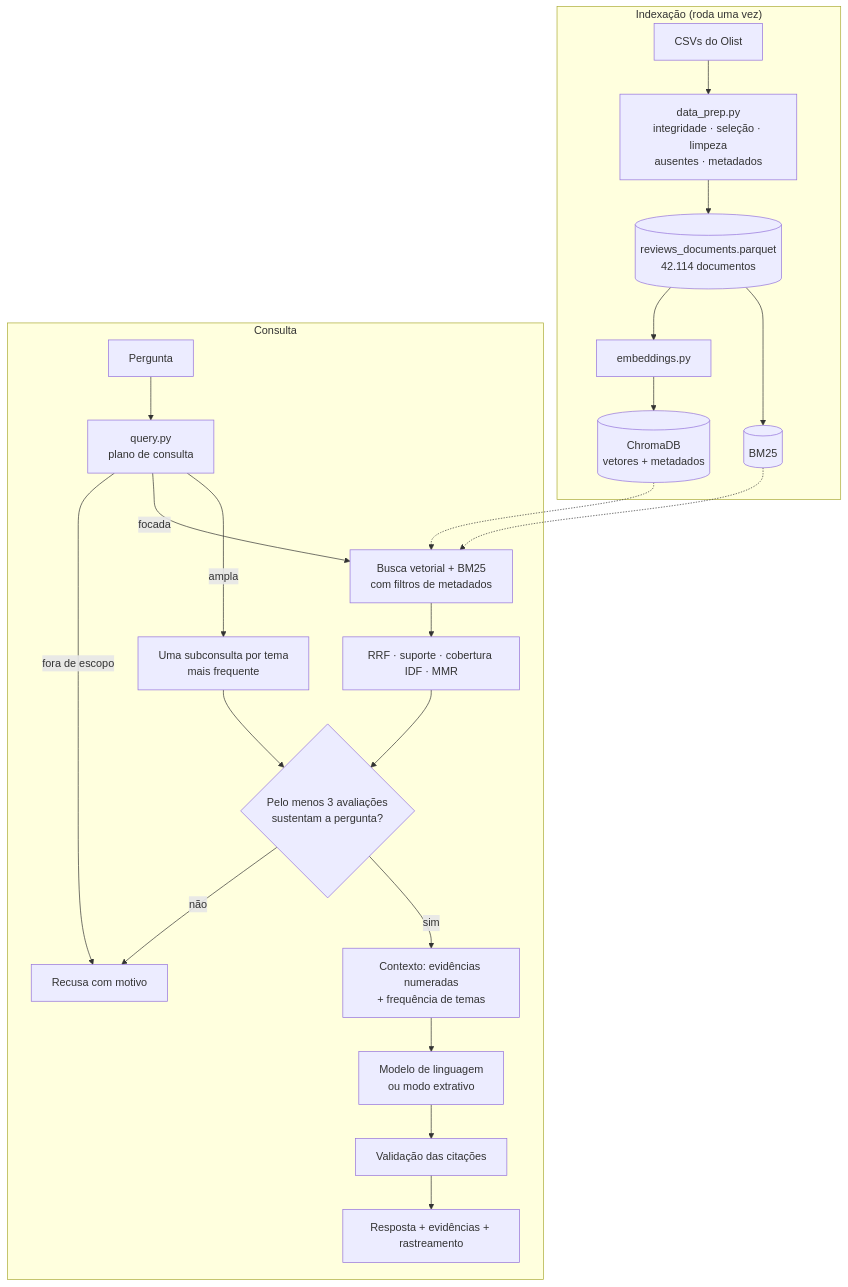
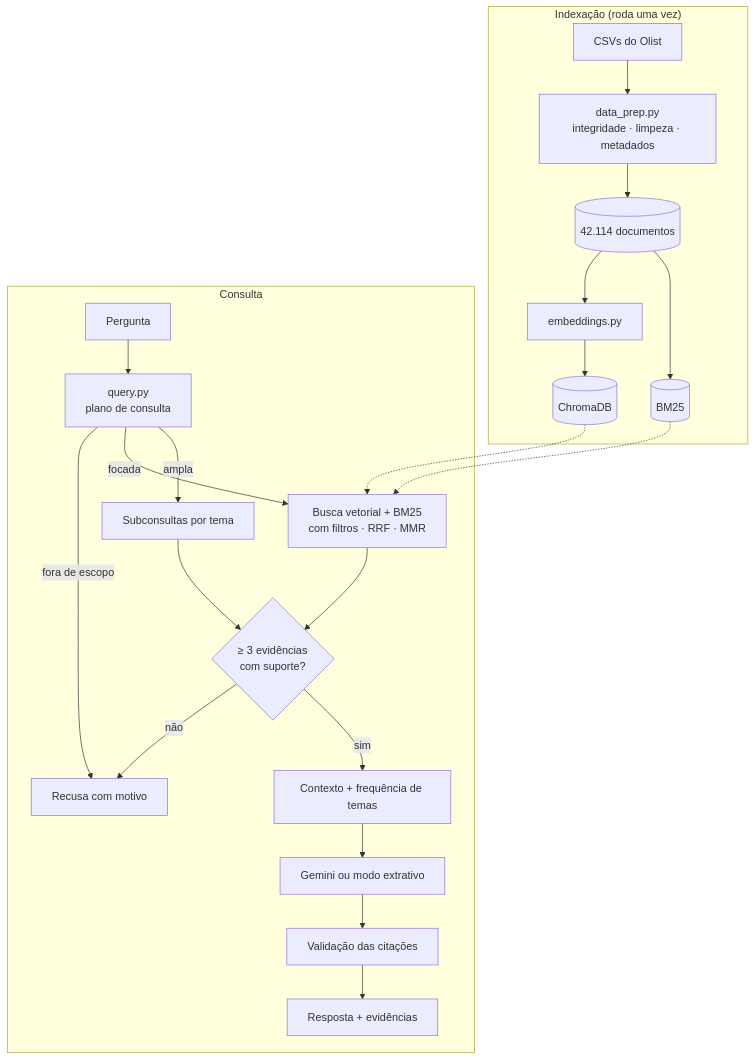
One commit to Reis-Bruno/tech-challenge-fase-4 changed the diagram in README.md. Above: the diagram before and after it, drawn with Mermaid. The commit also changed other lines of this file, not shown here.

````diff
--- a/README.md
+++ b/README.md
@@ -45,27 +30,23 @@
 ```mermaid
 flowchart TD
     subgraph OFF["Indexação (roda uma vez)"]
-        A[CSVs do Olist] --> B[data_prep.py<br/>integridade · seleção · limpeza<br/>ausentes · metadados]
-        B --> C[(reviews_documents.parquet<br/>42.114 documentos)]
-        C --> D[embeddings.py]
-        D --> E[(ChromaDB<br/>vetores + metadados)]
+        A[CSVs do Olist] --> B[data_prep.py<br/>integridade · limpeza · metadados]
+        B --> C[(42.114 documentos)]
+        C --> D[embeddings.py] --> E[(ChromaDB)]
         C --> F[(BM25)]
     end
-
     subgraph ON["Consulta"]
         Q[Pergunta] --> P[query.py<br/>plano de consulta]
         P -->|fora de escopo| X[Recusa com motivo]
-        P -->|focada| H[Busca vetorial + BM25<br/>com filtros de metadados]
-        H --> R[RRF · suporte · cobertura IDF · MMR]
-        P -->|ampla| T[Uma subconsulta por tema<br/>mais frequente]
-        R --> S{Pelo menos 3 avaliações<br/>sustentam a pergunta?}
+        P -->|focada| H[Busca vetorial + BM25<br/>com filtros · RRF · MMR]
+        P -->|ampla| T[Subconsultas por tema]
+        H --> S{≥ 3 evidências<br/>com suporte?}
         T --> S
         S -->|não| X
-        S -->|sim| K[Contexto: evidências numeradas<br/>+ frequência de temas]
-        K --> G[Modelo de linguagem<br/>ou modo extrativo]
-        G --> V[Validação das citações]
-        V --> O[Resposta + evidências + rastreamento]
+        S -->|sim| K[Contexto + frequência de temas]
+        K --> G[Gemini ou modo extrativo]
+        G --> V[Validação das citações] --> O[Resposta + evidências]
     end
     E -.-> H
     F -.-> H
 ```
````
